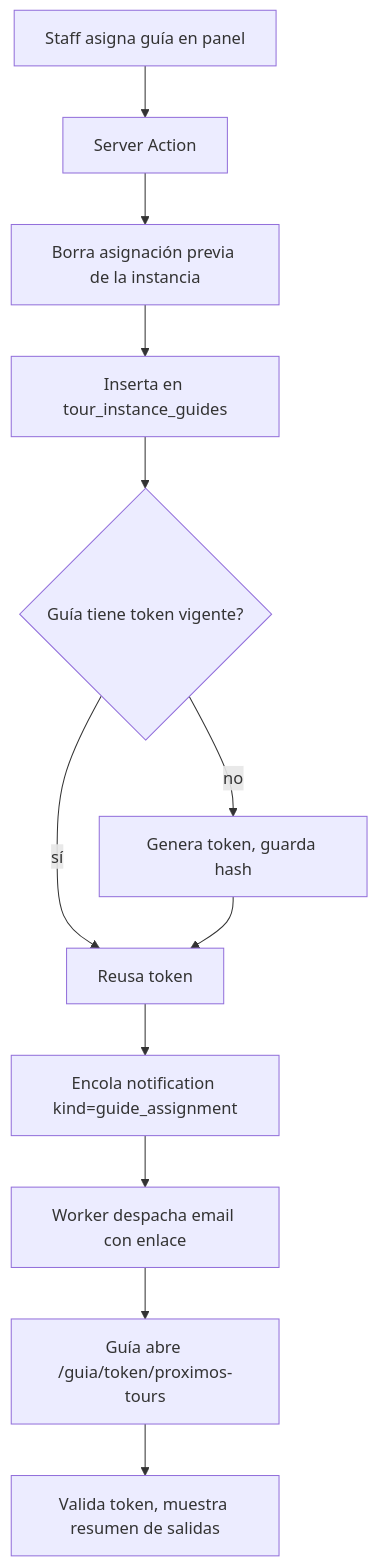
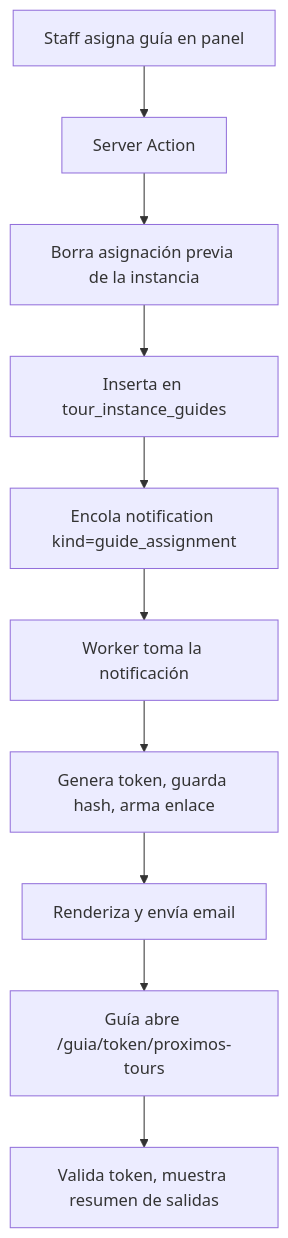
The diagram in docs/specs/0009-gestion-asignacion-guias.md (KthArg/boka-reservations), drawn with Mermaid before and after one commit. The commit also changed other lines of this file and 18 other files, not shown here.

````diff
--- a/docs/specs/0009-gestion-asignacion-guias.md
+++ b/docs/specs/0009-gestion-asignacion-guias.md
@@ -109,14 +108,12 @@
 ```mermaid
 flowchart TD
   A[Staff asigna guía en panel] --> B[Server Action]
   B --> C[Borra asignación previa de la instancia]
   C --> D[Inserta en tour_instance_guides]
-  D --> E{Guía tiene token vigente?}
-  E -- sí --> G[Reusa token]
-  E -- no --> F[Genera token, guarda hash]
-  F --> G
-  G --> H[Encola notification kind=guide_assignment]
-  H --> I[Worker despacha email con enlace]
-  I --> J[Guía abre /guia/token/proximos-tours]
+  D --> H[Encola notification kind=guide_assignment]
+  H --> I[Worker toma la notificación]
+  I --> F[Genera token, guarda hash, arma enlace]
+  F --> G[Renderiza y envía email]
+  G --> J[Guía abre /guia/token/proximos-tours]
   J --> K[Valida token, muestra resumen de salidas]
 ```
````
